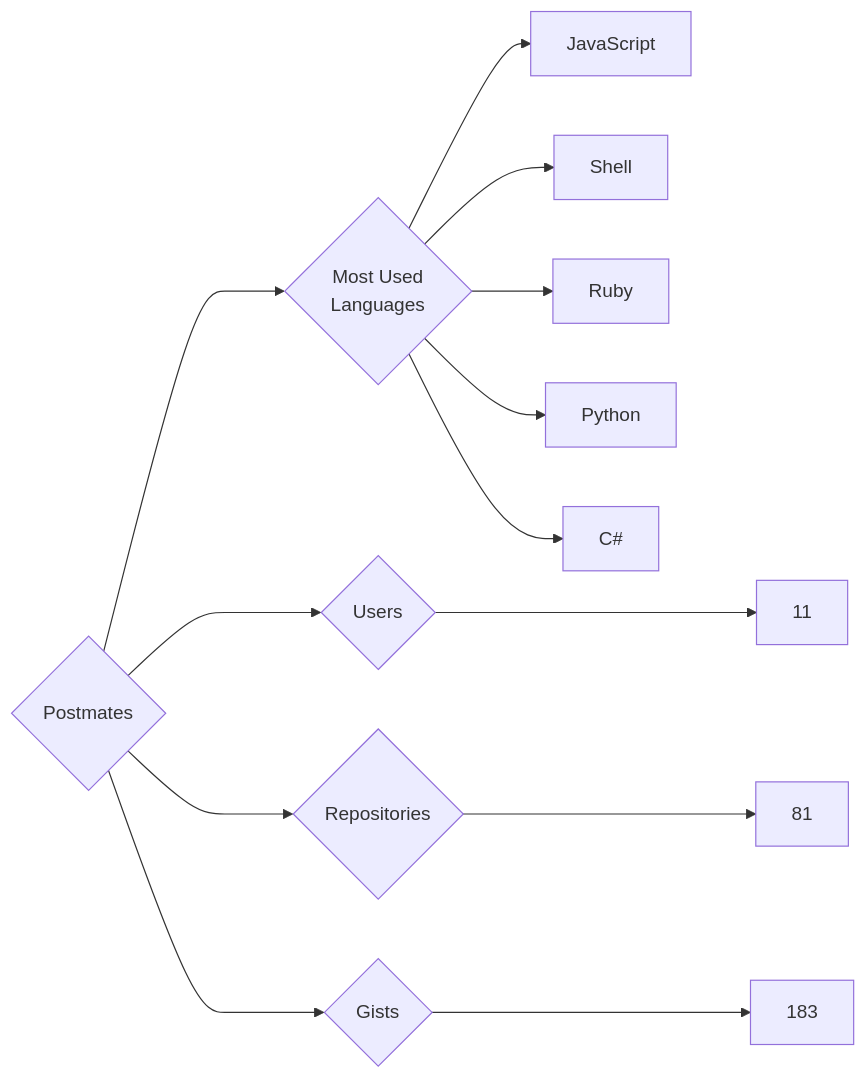
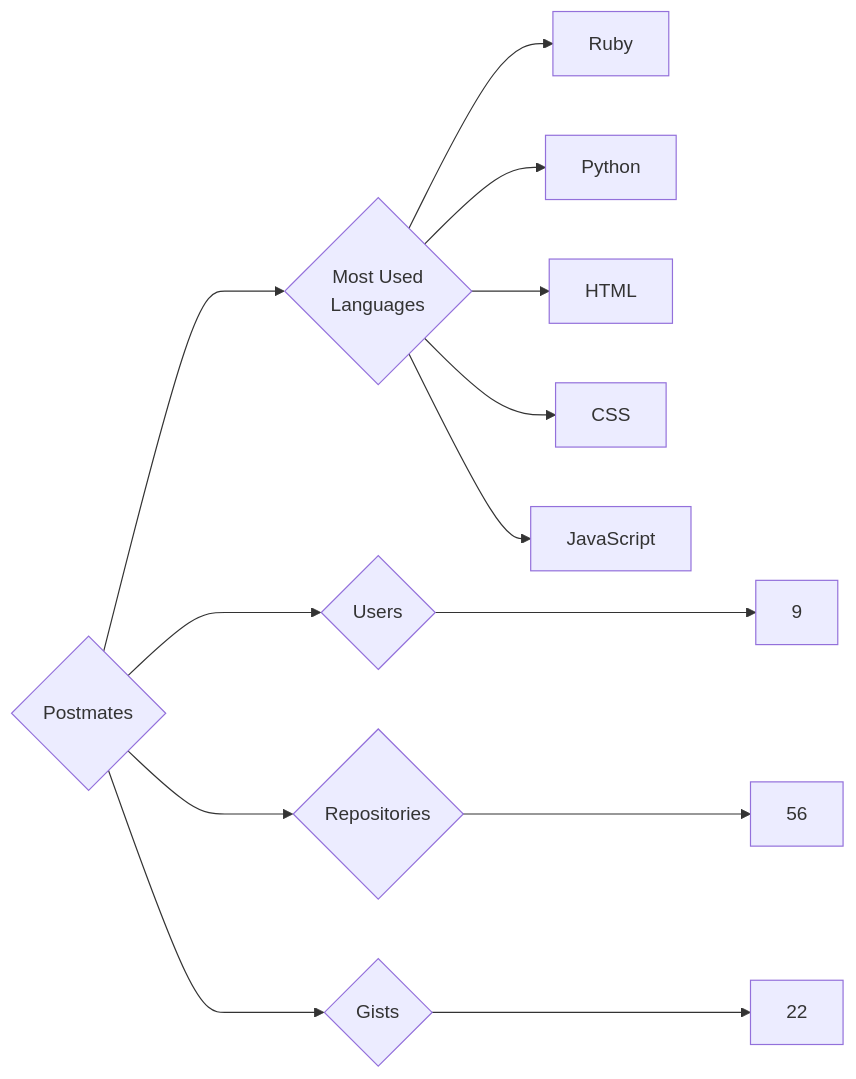
The diagram in targets/Postmates/README.md (trickest/insiders), drawn with Mermaid before and after one commit. The commit also changed 1508 other files, not shown here.

````diff
--- a/targets/Postmates/README.md
+++ b/targets/Postmates/README.md
@@ -3,13 +3,13 @@
 ```mermaid
 graph LR
 COMPANY_NAME{Postmates}
-COMPANY_NAME ---> U{Users} ---> UN[11]
-COMPANY_NAME ---> R{Repositories} ---> RN[81]
-COMPANY_NAME ---> G{Gists} ---> GN[183]
+COMPANY_NAME ---> U{Users} ---> UN[9]
+COMPANY_NAME ---> R{Repositories} ---> RN[56]
+COMPANY_NAME ---> G{Gists} ---> GN[22]
 COMPANY_NAME ---> ML{Most Used<br>Languages}
-ML --> JavaScript[JavaScript]
-ML --> Shell[Shell]
 ML --> Ruby[Ruby]
 ML --> Python[Python]
-ML --> C#[C#]
+ML --> HTML[HTML]
+ML --> CSS[CSS]
+ML --> JavaScript[JavaScript]
 ```
````
